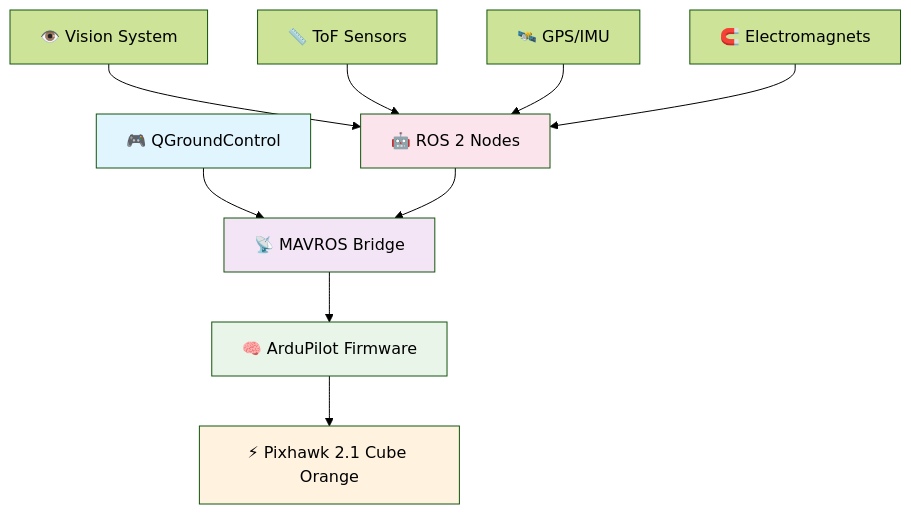
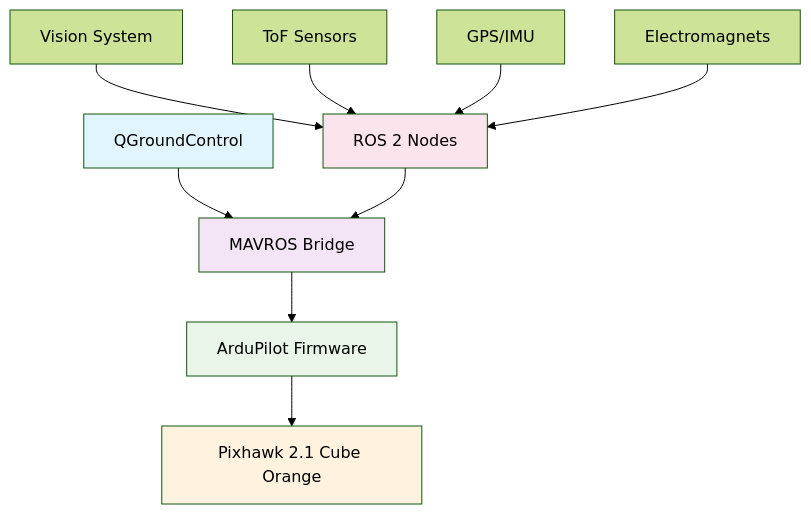
Before and after one commit to Vanszs/Dirgagah-KAERTEI: the first of 2 diagrams in README.md, drawn with Mermaid (forest theme). The commit also changed other lines of this file and 6 other files, not shown here.

````diff
--- a/README.md
+++ b/README.md
@@ -38,19 +38,19 @@
 ```mermaid
 graph TB
-    A[🎮 QGroundControl] --> B[📡 MAVROS Bridge]
-    B --> C[🧠 ArduPilot Firmware]
-    C --> D[⚡ Pixhawk 2.1 Cube Orange]
+    A[QGroundControl] --> B[MAVROS Bridge]
+    B --> C[ArduPilot Firmware]
+    C --> D[Pixhawk 2.1 Cube Orange]
     
-    E[👁️ Vision System] --> F[🤖 ROS 2 Nodes]
-    G[📏 ToF Sensors] --> F
-    H[🛰️ GPS/IMU] --> F
-    I[🧲 Electromagnets] --> F
+    E[Vision System] --> F[ROS 2 Nodes]
+    G[ToF Sensors] --> F
+    H[GPS/IMU] --> F
+    I[Electromagnets] --> F
     
     F --> B
     
     style A fill:#e1f5fe
     style B fill:#f3e5f5
     style C fill:#e8f5e8
     style D fill:#fff3e0
     style F fill:#fce4ec
 ```
````
